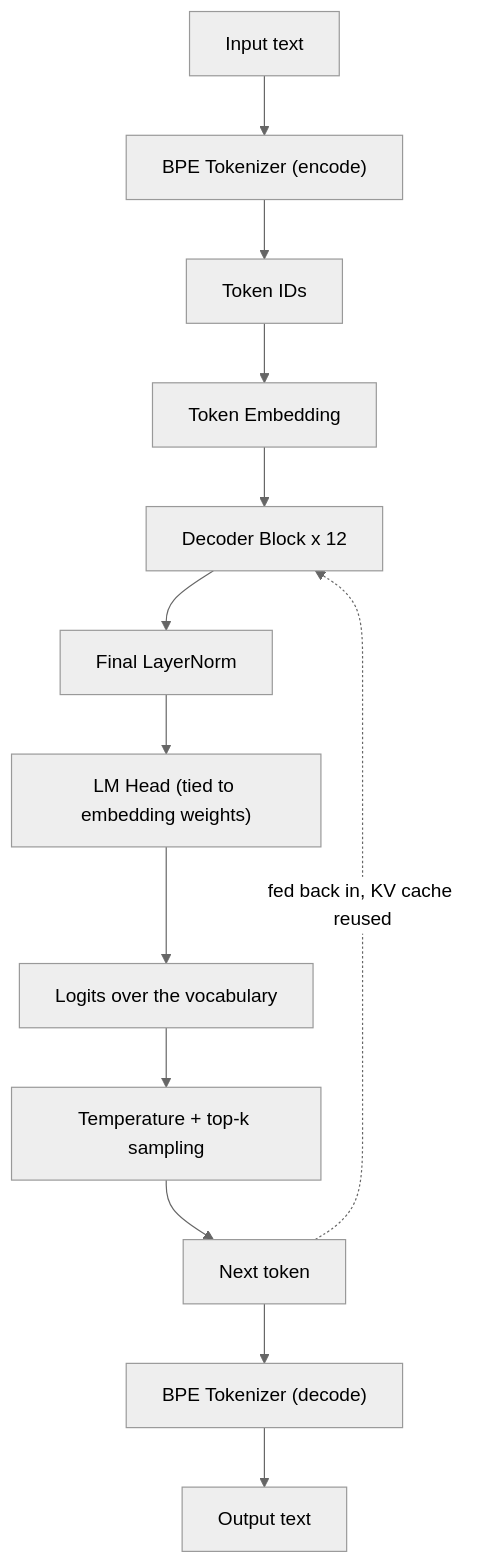
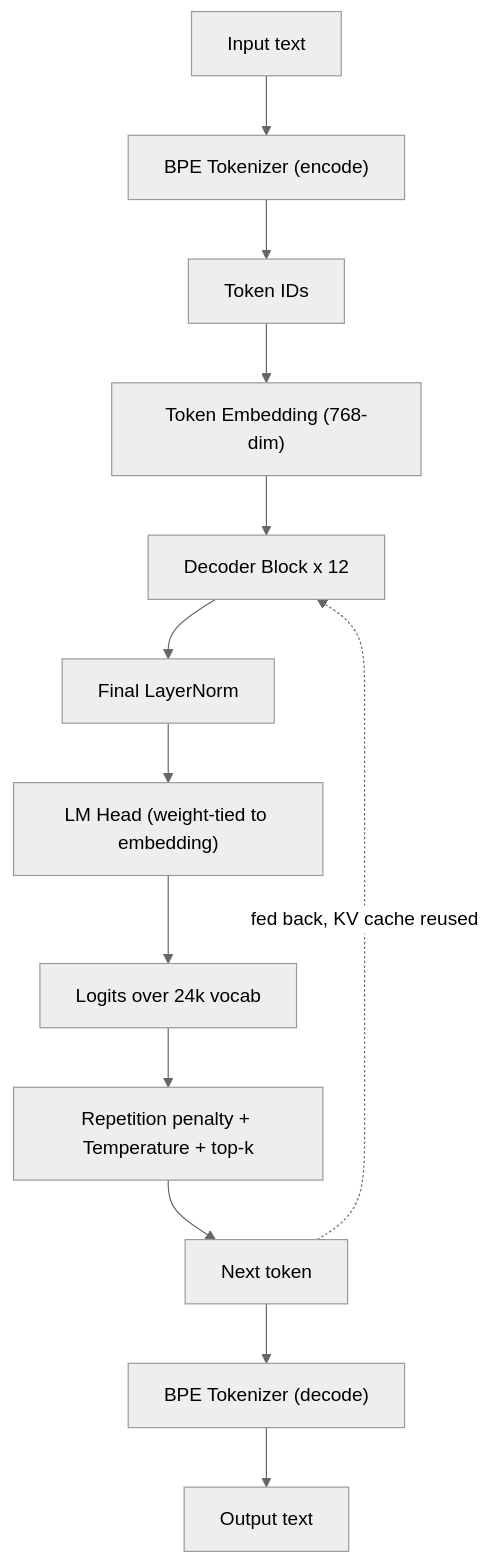
One commit to HmedNejjar/Nova changed the first of 2 diagrams in README.md. Above: the diagram before and after it, drawn with Mermaid (neutral theme). The commit also changed other lines of this file, not shown here.

````diff
--- a/README.md
+++ b/README.md
@@ -39,15 +24,15 @@
 ```mermaid
 flowchart TD
     A["Input text"] --> B["BPE Tokenizer (encode)"]
     B --> C["Token IDs"]
-    C --> D["Token Embedding"]
+    C --> D["Token Embedding (768-dim)"]
     D --> E["Decoder Block x 12"]
     E --> F["Final LayerNorm"]
-    F --> G["LM Head (tied to embedding weights)"]
-    G --> H["Logits over the vocabulary"]
-    H --> I["Temperature + top-k sampling"]
+    F --> G["LM Head (weight-tied to embedding)"]
+    G --> H["Logits over 24k vocab"]
+    H --> I["Repetition penalty + Temperature + top-k"]
     I --> J["Next token"]
-    J -.->|"fed back in, KV cache reused"| E
+    J -.->|"fed back, KV cache reused"| E
     J --> K["BPE Tokenizer (decode)"]
     K --> L["Output text"]
 ```
````
